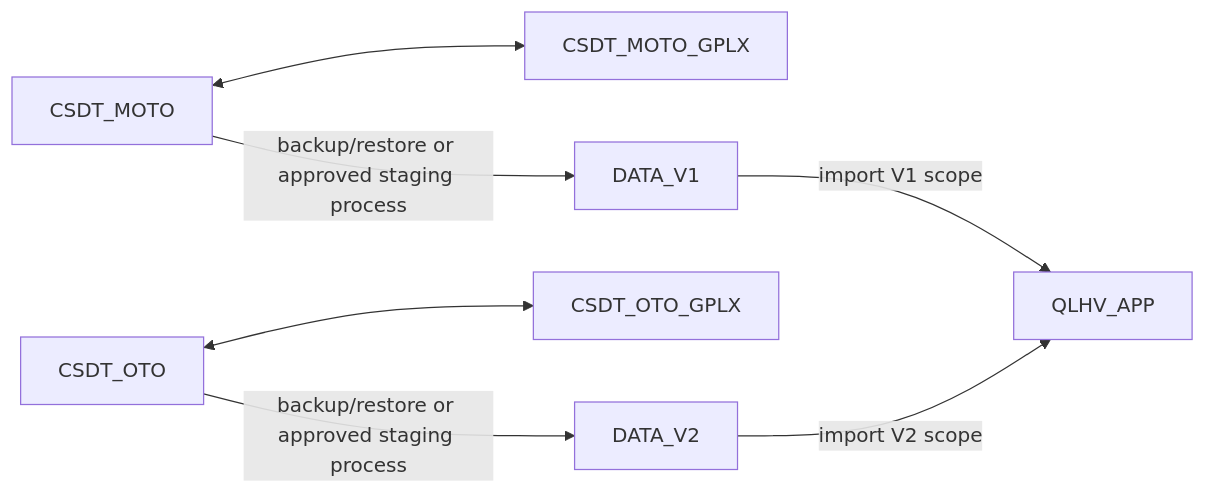
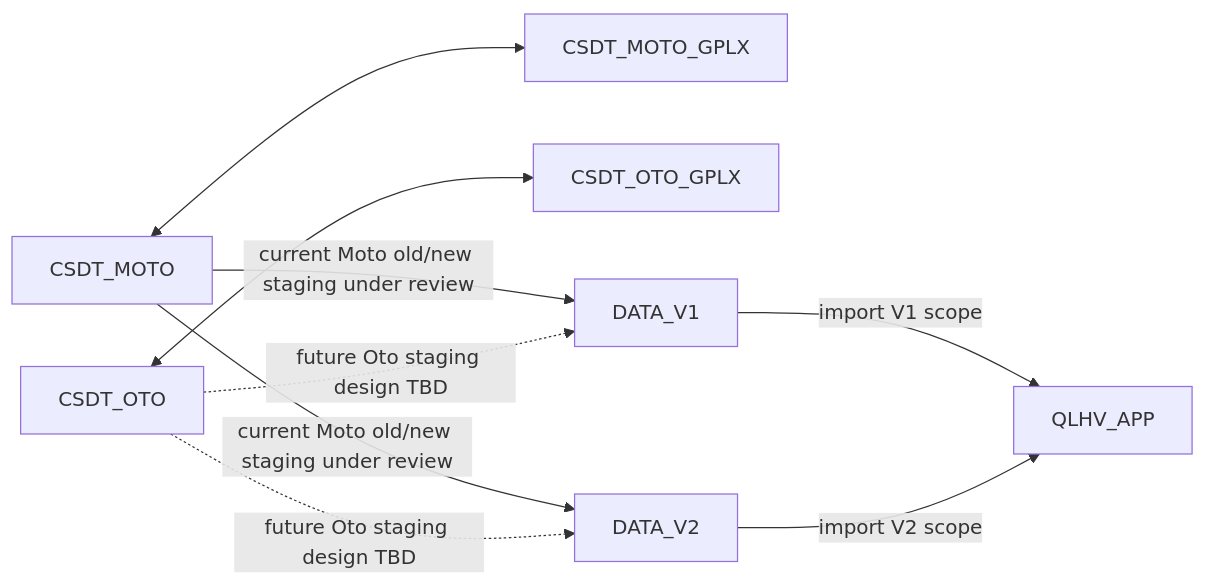
One commit to iamthais2hag/QLHV_APP changed the diagram in docs/sync-data-flow-architecture.md. Above: the diagram before and after it, drawn with Mermaid. The commit also changed other lines of this file and 6 other files, not shown here.

````diff
--- a/docs/sync-data-flow-architecture.md
+++ b/docs/sync-data-flow-architecture.md
@@ -29,19 +37,21 @@
 ```mermaid
 flowchart LR
     CSDT_MOTO["CSDT_MOTO"]
     CSDT_MOTO_GPLX["CSDT_MOTO_GPLX"]
     CSDT_OTO["CSDT_OTO"]
     CSDT_OTO_GPLX["CSDT_OTO_GPLX"]
     DATA_V1["DATA_V1"]
     DATA_V2["DATA_V2"]
     QLHV_APP["QLHV_APP"]
 
     CSDT_MOTO <--> CSDT_MOTO_GPLX
     CSDT_OTO <--> CSDT_OTO_GPLX
 
-    CSDT_MOTO -->|"backup/restore or approved staging process"| DATA_V1
-    CSDT_OTO -->|"backup/restore or approved staging process"| DATA_V2
+    CSDT_MOTO -->|"current Moto old/new staging under review"| DATA_V1
+    CSDT_MOTO -->|"current Moto old/new staging under review"| DATA_V2
+    CSDT_OTO -.->|"future Oto staging design TBD"| DATA_V1
+    CSDT_OTO -.->|"future Oto staging design TBD"| DATA_V2
 
     DATA_V1 -->|"import V1 scope"| QLHV_APP
     DATA_V2 -->|"import V2 scope"| QLHV_APP
 ```
````
